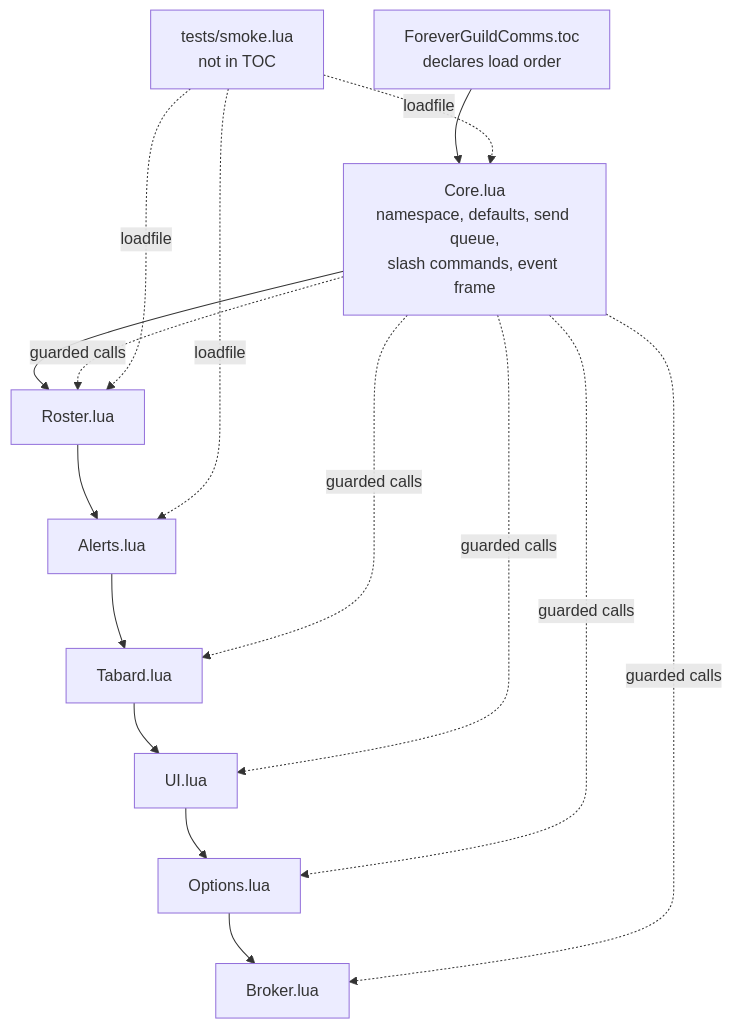
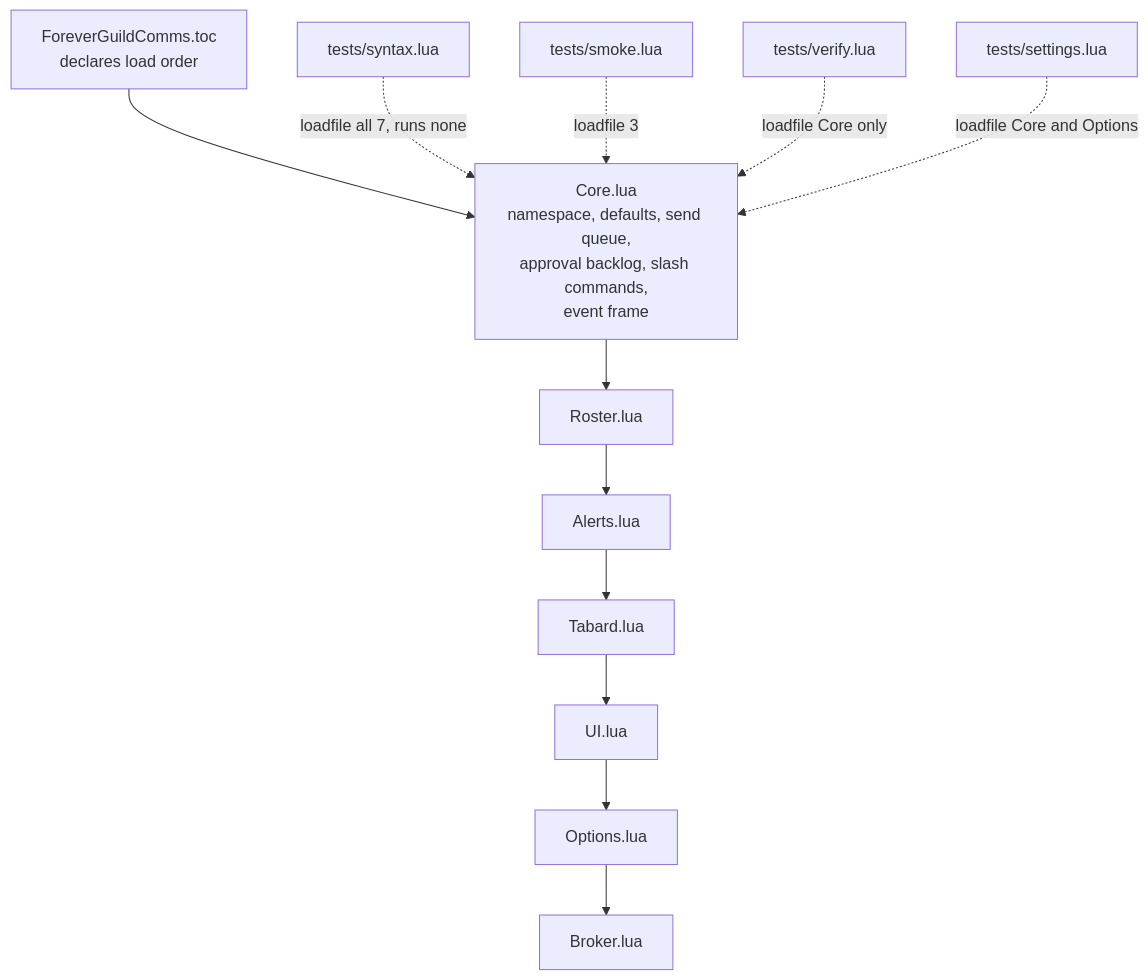
One commit to mreillyorg/ForeverGuildComms changed the first of 2 diagrams in aidlc-docs/inception/reverse-engineering/code-structure.md. Above: the diagram before and after it, drawn with Mermaid. The commit also changed other lines of this file and 21 other files, not shown here.

````diff
--- a/aidlc-docs/inception/reverse-engineering/code-structure.md
+++ b/aidlc-docs/inception/reverse-engineering/code-structure.md
@@ -42,29 +45,28 @@
 ```mermaid
 flowchart TD
     TOC["ForeverGuildComms.toc<br/>declares load order"]
-    Core["Core.lua<br/>namespace, defaults, send queue,<br/>slash commands, event frame"]
+    Core["Core.lua<br/>namespace, defaults, send queue,<br/>approval backlog, slash commands,<br/>event frame"]
     Roster["Roster.lua"]
     Alerts["Alerts.lua"]
     Tabard["Tabard.lua"]
     UI["UI.lua"]
     Options["Options.lua"]
     Broker["Broker.lua"]
-    Smoke["tests/smoke.lua<br/>not in TOC"]
+    Syntax["tests/syntax.lua"]
+    Smoke["tests/smoke.lua"]
+    Verify["tests/verify.lua"]
+    Settings["tests/settings.lua"]
 
     TOC --> Core
     Core --> Roster
     Roster --> Alerts
     Alerts --> Tabard
     Tabard --> UI
     UI --> Options
     Options --> Broker
 
-    Core -.->|"guarded calls"| Roster
-    Core -.->|"guarded calls"| UI
-    Core -.->|"guarded calls"| Options
-    Core -.->|"guarded calls"| Broker
-    Core -.->|"guarded calls"| Tabard
-    Smoke -.->|"loadfile"| Core
-    Smoke -.->|"loadfile"| Roster
-    Smoke -.->|"loadfile"| Alerts
+    Syntax -.->|"loadfile all 7, runs none"| Core
+    Smoke -.->|"loadfile 3"| Core
+    Verify -.->|"loadfile Core only"| Core
+    Settings -.->|"loadfile Core and Options"| Core
 ```
````
